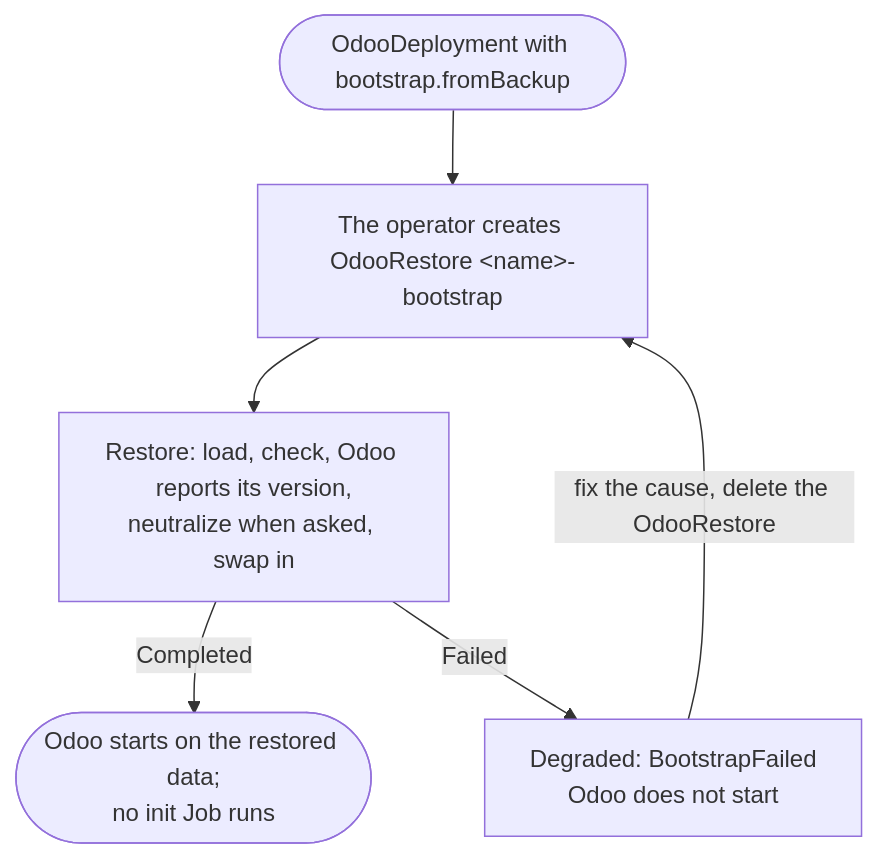
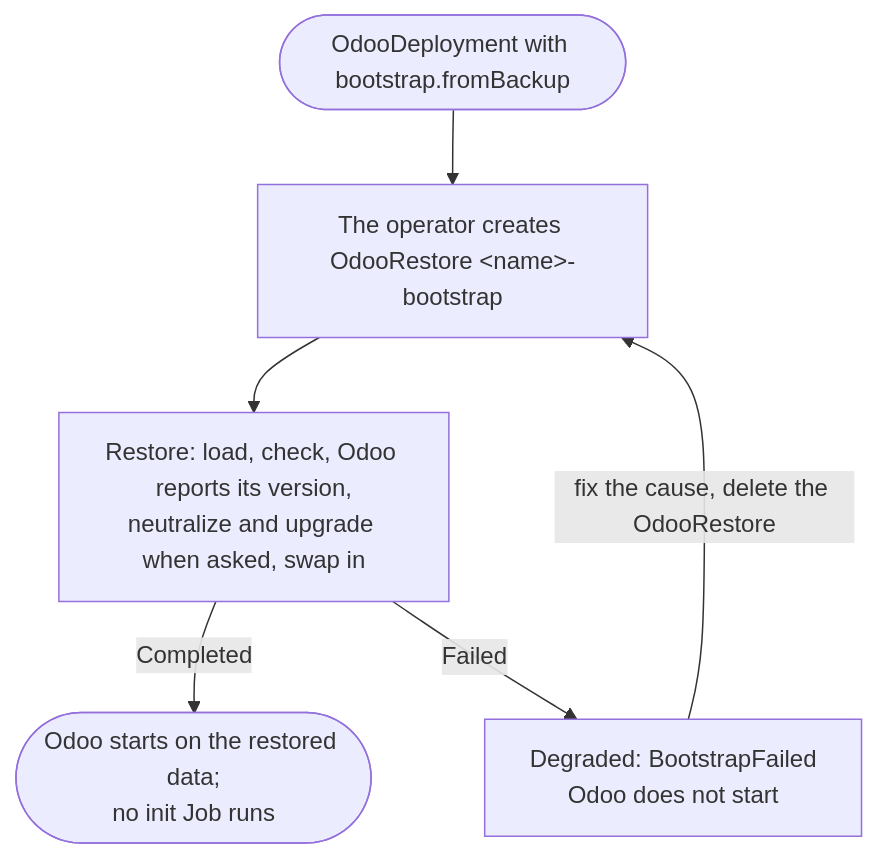
The diagram in docs/guides/start-from-a-backup.md (MohanadAbugharbia/odoo-operator), drawn with Mermaid before and after one commit. The commit also changed other lines of this file and 17 other files, not shown here.

First line of the commit message:
Restore: upgrade the restored data to the instance's image on request

````diff
--- a/docs/guides/start-from-a-backup.md
+++ b/docs/guides/start-from-a-backup.md
@@ -7,8 +7,8 @@
 ```mermaid
 flowchart TD
   create([OdooDeployment with bootstrap.fromBackup]) --> rs["The operator creates OdooRestore &lt;name&gt;-bootstrap"]
-  rs --> restore["Restore: load, check, Odoo reports its version,<br/>neutralize when asked, swap in"]
+  rs --> restore["Restore: load, check, Odoo reports its version,<br/>neutralize and upgrade when asked, swap in"]
   restore -->|Completed| run([Odoo starts on the restored data;<br/>no init Job runs])
   restore -->|Failed| degraded["Degraded: BootstrapFailed<br/>Odoo does not start"]
   degraded -->|fix the cause, delete the OdooRestore| rs
 ```
````
